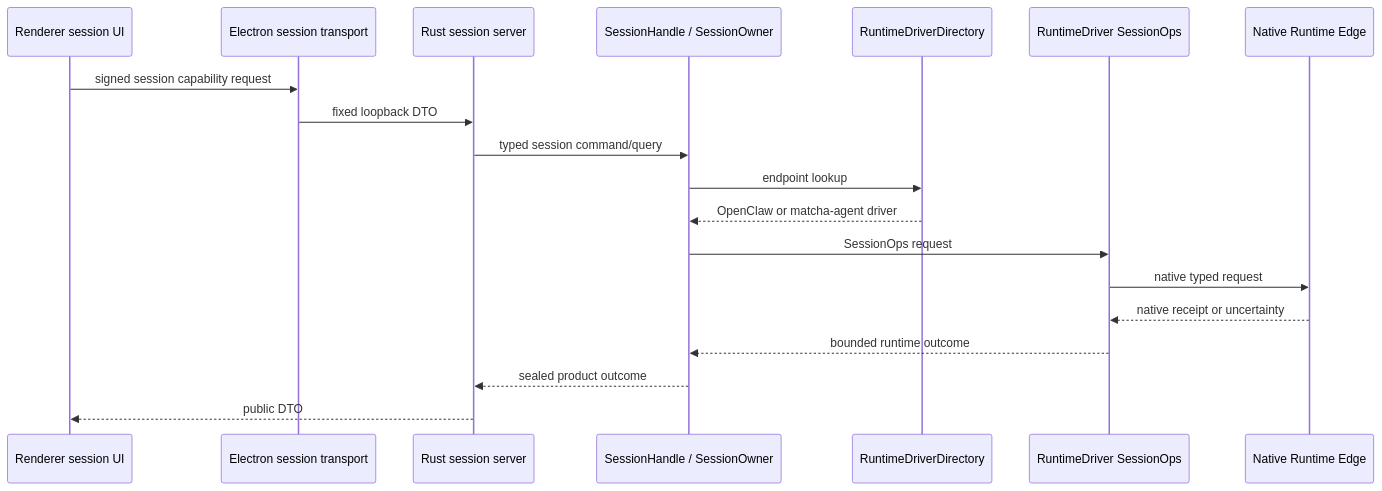
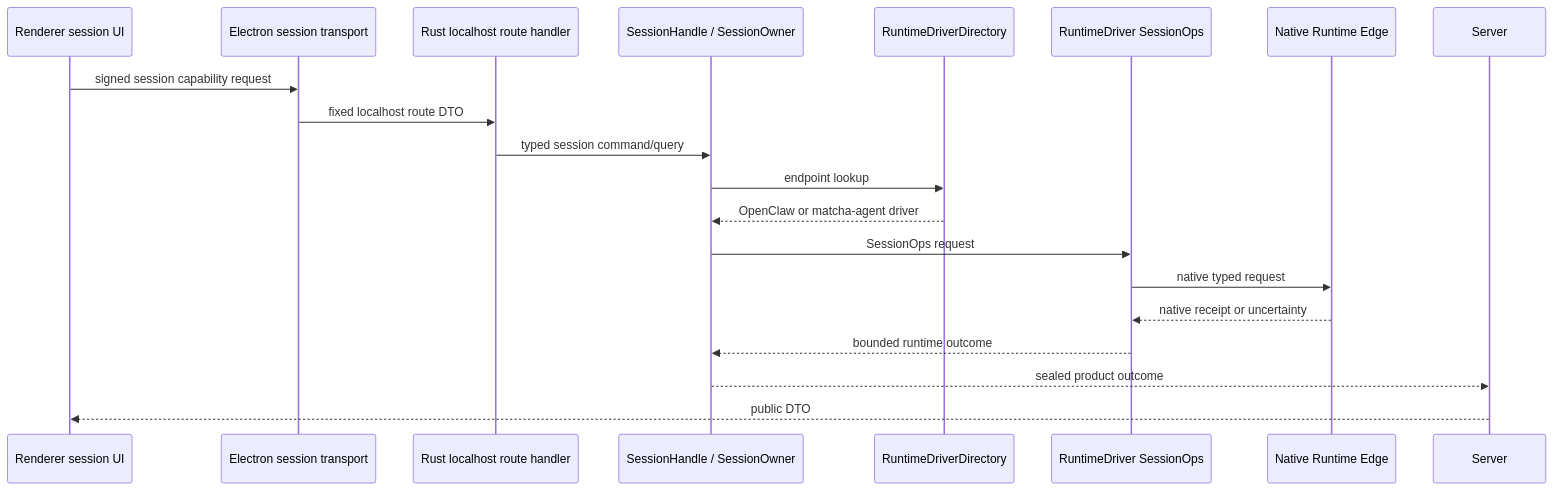
The fifth of 6 diagrams in docs/architecture/layered-architecture.md (hellowKeyzj/Matcha-claw), drawn with Mermaid before and after one commit. The commit also changed other lines of this file and 457 other files, not shown here.

````diff
--- a/docs/architecture/layered-architecture.md
+++ b/docs/architecture/layered-architecture.md
@@ -419,22 +419,22 @@
 ```mermaid
 sequenceDiagram
   participant UI as Renderer session UI
   participant Main as Electron session transport
-  participant Server as Rust session server
+  participant Route as Rust localhost route handler
   participant Session as SessionHandle / SessionOwner
   participant Directory as RuntimeDriverDirectory
   participant Peer as RuntimeDriver SessionOps
   participant Native as Native Runtime Edge
 
   UI->>Main: signed session capability request
-  Main->>Server: fixed loopback DTO
-  Server->>Session: typed session command/query
+  Main->>Route: fixed localhost route DTO
+  Route->>Session: typed session command/query
   Session->>Directory: endpoint lookup
   Directory-->>Session: OpenClaw or matcha-agent driver
   Session->>Peer: SessionOps request
   Peer->>Native: native typed request
   Native-->>Peer: native receipt or uncertainty
   Peer-->>Session: bounded runtime outcome
   Session-->>Server: sealed product outcome
   Server-->>UI: public DTO
 ```
````
